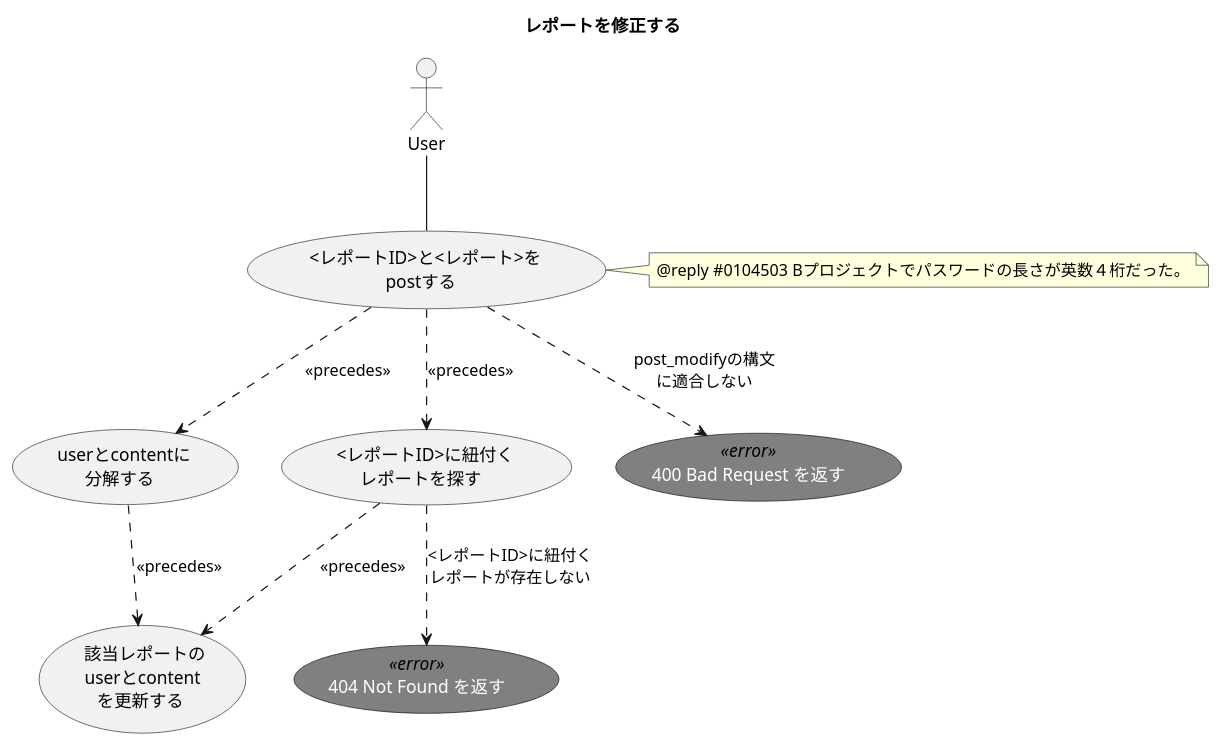
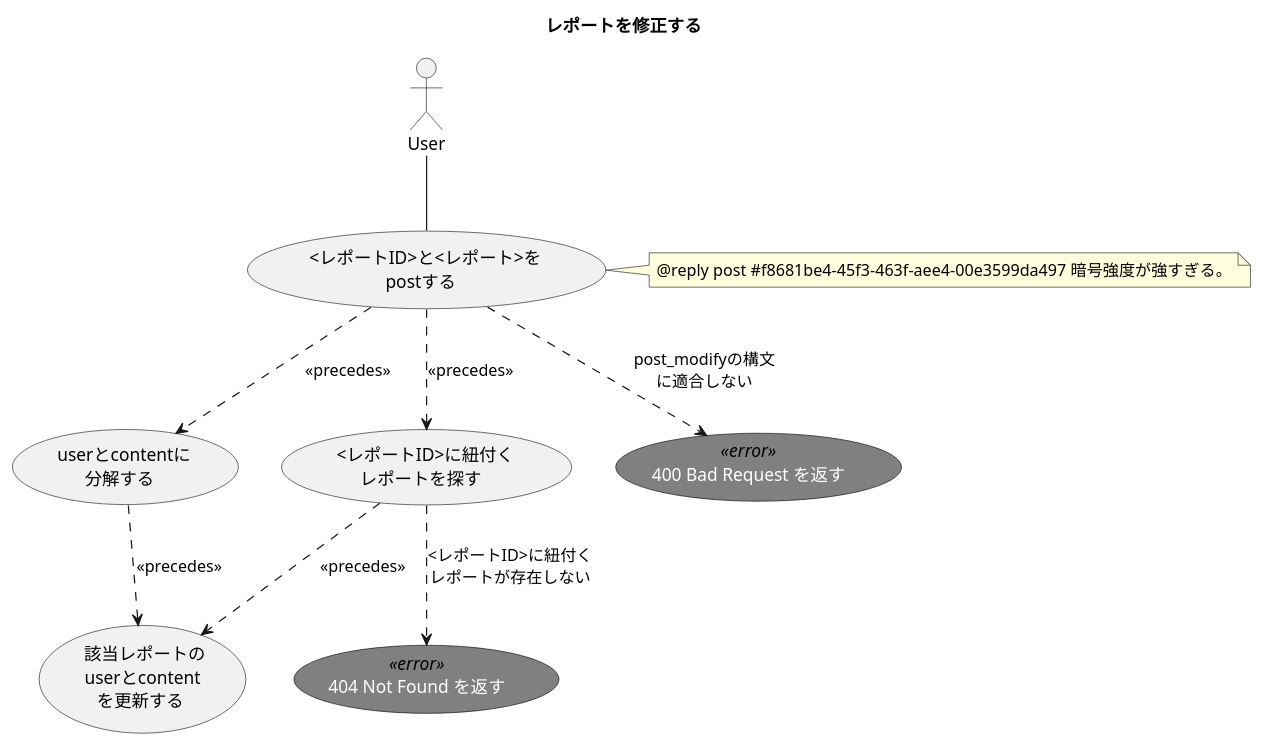
One commit to ito-masam/kpt-guard.doc changed the diagram in 1.design/2.usecases/post-report-modify.md. Above: the diagram before and after it, drawn with PlantUML. The commit also changed 9 other files, not shown here.

```diff
--- a/1.design/2.usecases/post-report-modify.md
+++ b/1.design/2.usecases/post-report-modify.md
@@ -1,33 +1,33 @@
 @startuml
 
     ' ----------- meta
     title レポートを修正する
 
     skinparam usecase {
       FontColor<<error>> white
       FontName<<error>> Verdana
       BackgroundColor<<error>> gray
       BorderColor<<error>> black
     }
 
     actor User
 
     ' ----------- main
     User -- ( <レポートID>と<レポート>を\npostする )
     ( <レポートID>と<レポート>を\npostする ) ..> ( userとcontentに\n分解する ) : << precedes >>
     ( <レポートID>と<レポート>を\npostする ) ..> ( <レポートID>に紐付く\nレポートを探す ) : << precedes >>
     ( <レポートID>に紐付く\nレポートを探す ) ..> ( 該当レポートの\nuserとcontent\nを更新する ) : << precedes >>
     ( userとcontentに\n分解する ) ..> ( 該当レポートの\nuserとcontent\nを更新する ) : << precedes >>
 
     note right of ( <レポートID>と<レポート>を\npostする )
-      @reply #0104503 Bプロジェクトでパスワードの長さが英数４桁だった。
+      @reply post #f8681be4-45f3-463f-aee4-00e3599da497 暗号強度が強すぎる。
     end note
 
     ' ----------- alternative
     ( 400 Bad Request を返す ) <<error>>
     ( <レポートID>と<レポート>を\npostする ) ..> ( 400 Bad Request を返す ) : post_modifyの構文\nに適合しない
 
     ( 404 Not Found を返す ) <<error>>
     ( <レポートID>に紐付く\nレポートを探す ) ..> ( 404 Not Found を返す ) : <レポートID>に紐付く\nレポートが存在しない
 
 @enduml
```
